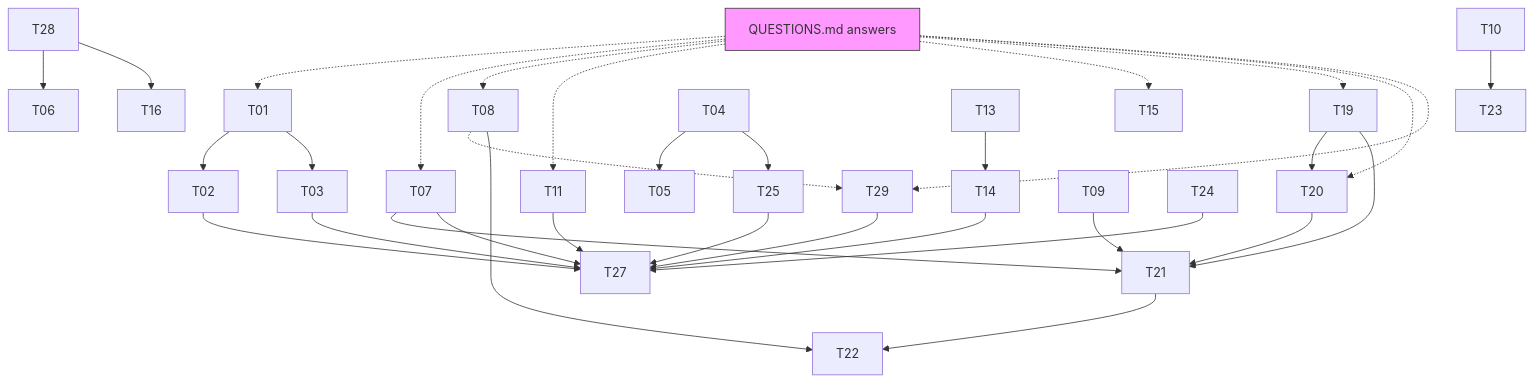
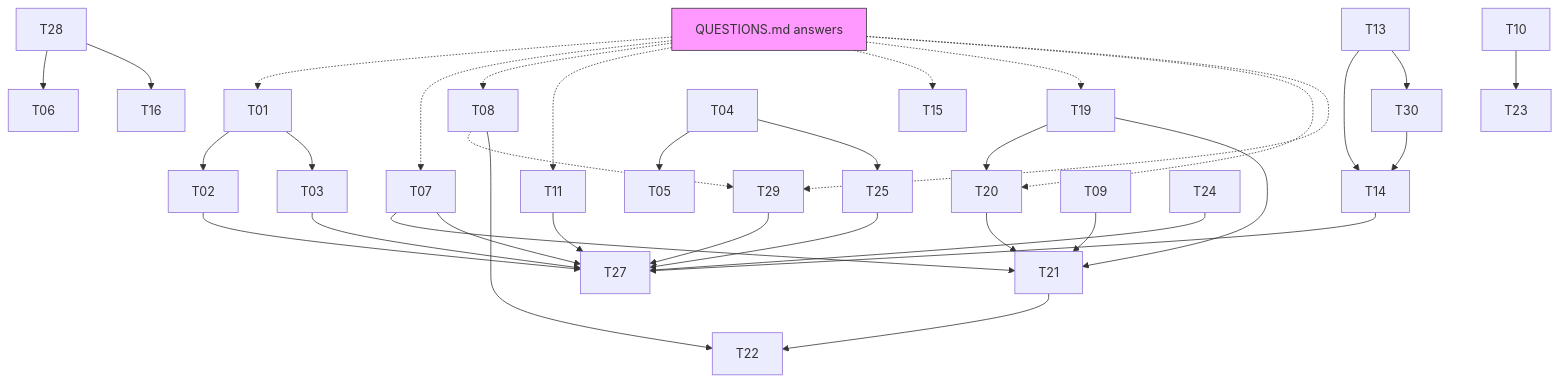
Before and after one commit to LMFDB/lmfdb: the diagram in shimcurve_tickets/BOARD.md, drawn with Mermaid. The commit also changed other lines of this file and 96 other files, not shown here.

````diff
--- a/shimcurve_tickets/BOARD.md
+++ b/shimcurve_tickets/BOARD.md
@@ -99,30 +100,32 @@
 ```mermaid
 graph TD
   Q[QUESTIONS.md answers]:::q
   Q -.-> T01 & T07 & T08 & T11 & T15 & T19 & T20 & T29
   T28 --> T06
   T28 --> T16
   T08 -.-> T29
   T29 --> T27
   T01 --> T02
   T01 --> T03
   T04 --> T05
   T04 --> T25
   T13 --> T14
+  T13 --> T30
+  T30 --> T14
   T19 --> T20
   T07 --> T21
   T09 --> T21
   T19 --> T21
   T20 --> T21
   T08 --> T22
   T21 --> T22
   T10 --> T23
   T02 --> T27
   T03 --> T27
   T07 --> T27
   T11 --> T27
   T14 --> T27
   T24 --> T27
   T25 --> T27
   classDef q fill:#f9f,stroke:#333
 ```
````
